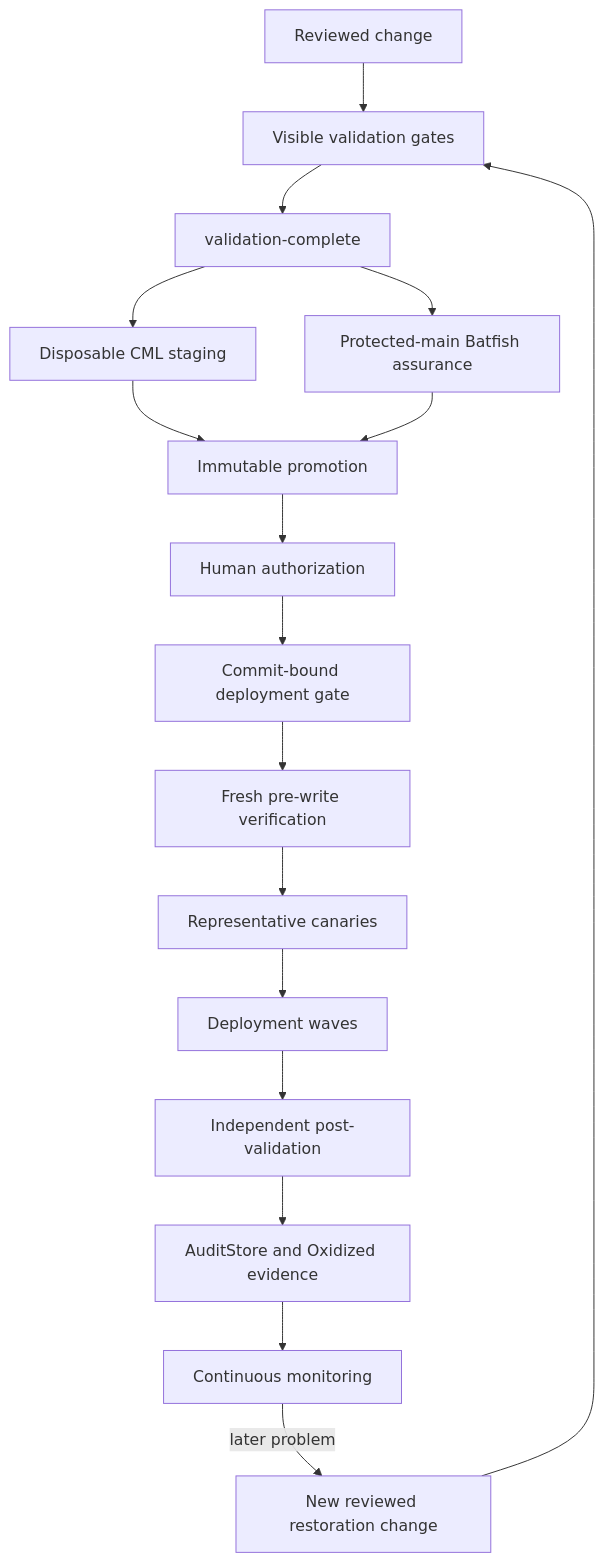
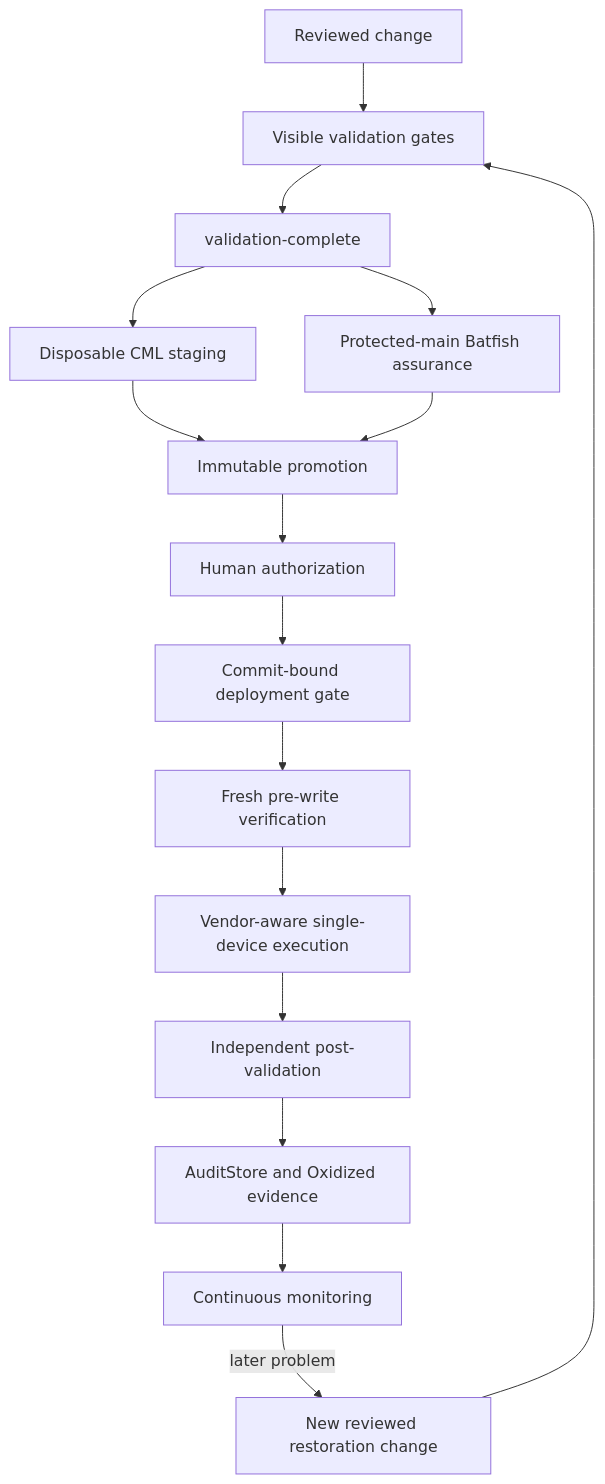
The diagram in docs/architecture/change-lifecycle.md (Atheer-Kareem/network-change-delivery-platform), drawn with Mermaid before and after one commit. The commit also changed other lines of this file and 1 other file, not shown here.

````diff
--- a/docs/architecture/change-lifecycle.md
+++ b/docs/architecture/change-lifecycle.md
@@ -7,19 +6,18 @@
 ```mermaid
 flowchart TD
   PR[Reviewed change] --> V[Visible validation gates]
   V --> VB[validation-complete]
   VB --> C[Disposable CML staging]
   VB --> B[Protected-main Batfish assurance]
   C --> P[Immutable promotion]
   B --> P
   P --> A[Human authorization]
   A --> G[Commit-bound deployment gate]
   G --> F[Fresh pre-write verification]
-  F --> K[Representative canaries]
-  K --> W[Deployment waves]
-  W --> I[Independent post-validation]
+  F --> X[Vendor-aware single-device execution]
+  X --> I[Independent post-validation]
   I --> E[AuditStore and Oxidized evidence]
   E --> M[Continuous monitoring]
   M -->|later problem| D[New reviewed restoration change]
   D --> V
 ```
````
